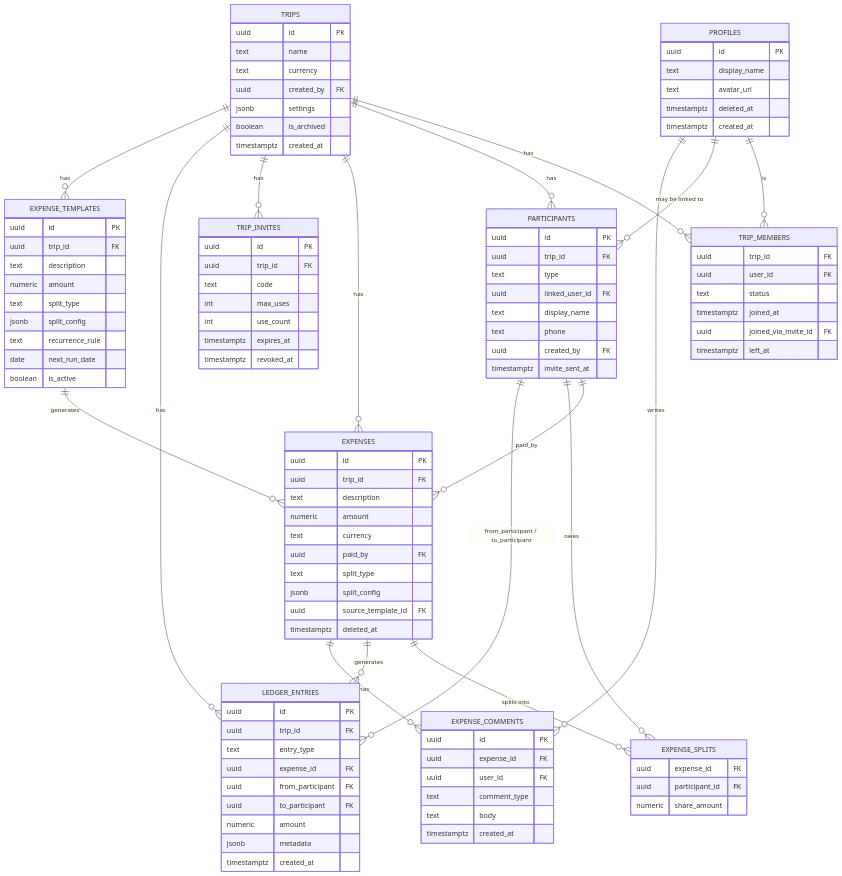
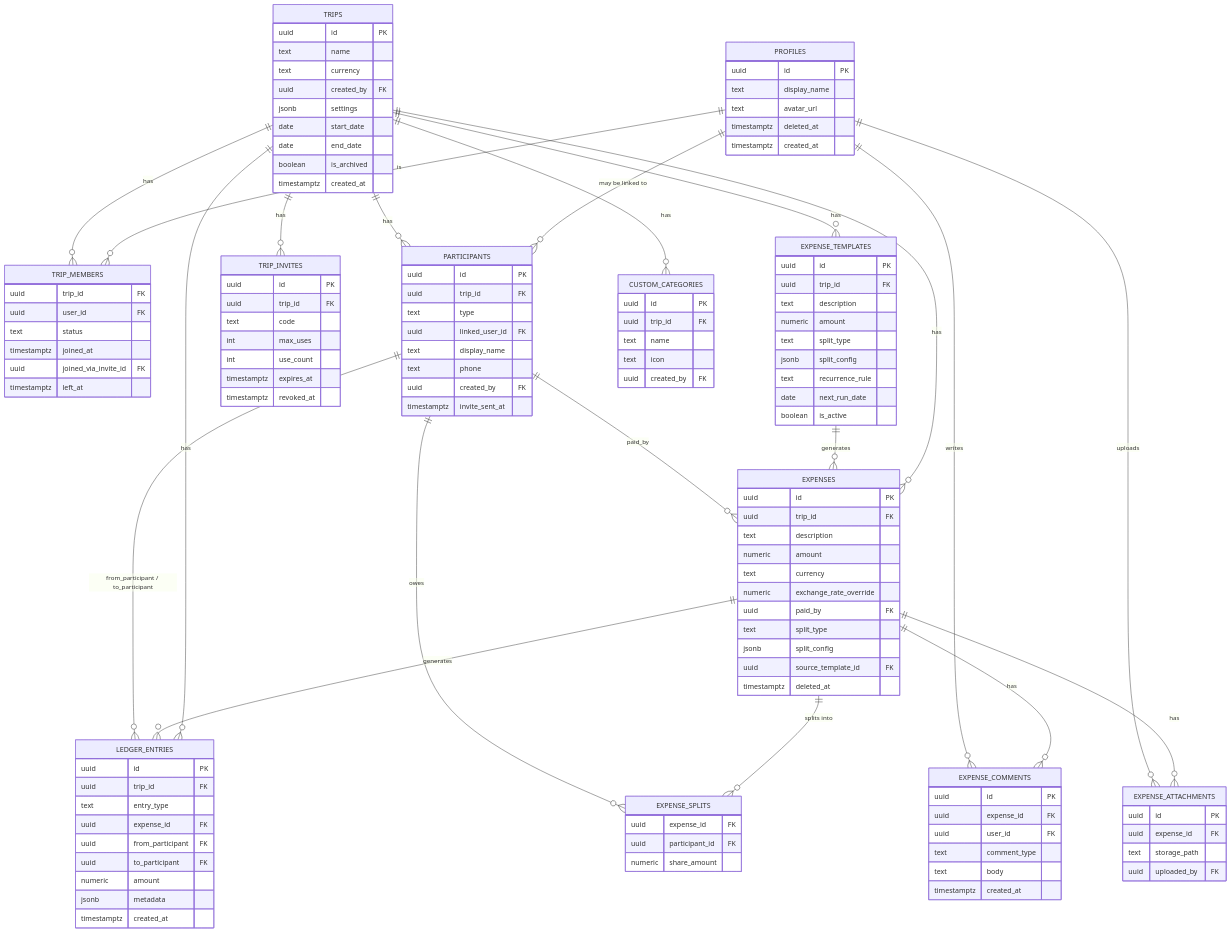
The diagram in docs/architecture/expensio-data-model.md (Amartya-007/Expensio), drawn with Mermaid before and after one commit. The commit also changed other lines of this file and 5 other files, not shown here.

```diff
--- a/docs/architecture/expensio-data-model.md
+++ b/docs/architecture/expensio-data-model.md
@@ -26,14 +26,17 @@
     TRIPS ||--o{ TRIP_INVITES : "has"
     TRIPS ||--o{ LEDGER_ENTRIES : "has"
     TRIPS ||--o{ EXPENSE_TEMPLATES : "has"
+    TRIPS ||--o{ CUSTOM_CATEGORIES : "has"
     EXPENSE_TEMPLATES ||--o{ EXPENSES : "generates"
     EXPENSES ||--o{ EXPENSE_SPLITS : "splits into"
     EXPENSES ||--o{ LEDGER_ENTRIES : "generates"
     EXPENSES ||--o{ EXPENSE_COMMENTS : "has"
+    EXPENSES ||--o{ EXPENSE_ATTACHMENTS : "has"
     PARTICIPANTS ||--o{ EXPENSES : "paid_by"
     PARTICIPANTS ||--o{ EXPENSE_SPLITS : "owes"
     PARTICIPANTS ||--o{ LEDGER_ENTRIES : "from_participant / to_participant"
     PROFILES ||--o{ EXPENSE_COMMENTS : "writes"
+    PROFILES ||--o{ EXPENSE_ATTACHMENTS : "uploads"
 
     PROFILES {
         uuid id PK
@@ -48,6 +51,8 @@
         text currency
         uuid created_by FK
         jsonb settings
+        date start_date
+        date end_date
         boolean is_archived
         timestamptz created_at
     }
@@ -78,17 +83,31 @@
         timestamptz expires_at
         timestamptz revoked_at
     }
+    CUSTOM_CATEGORIES {
+        uuid id PK
+        uuid trip_id FK
+        text name
+        text icon
+        uuid created_by FK
+    }
     EXPENSES {
         uuid id PK
         uuid trip_id FK
         text description
         numeric amount
         text currency
+        numeric exchange_rate_override
         uuid paid_by FK
         text split_type
         jsonb split_config
         uuid source_template_id FK
         timestamptz deleted_at
+    }
+    EXPENSE_ATTACHMENTS {
+        uuid id PK
+        uuid expense_id FK
+        text storage_path
+        uuid uploaded_by FK
     }
     EXPENSE_SPLITS {
         uuid expense_id FK
```
